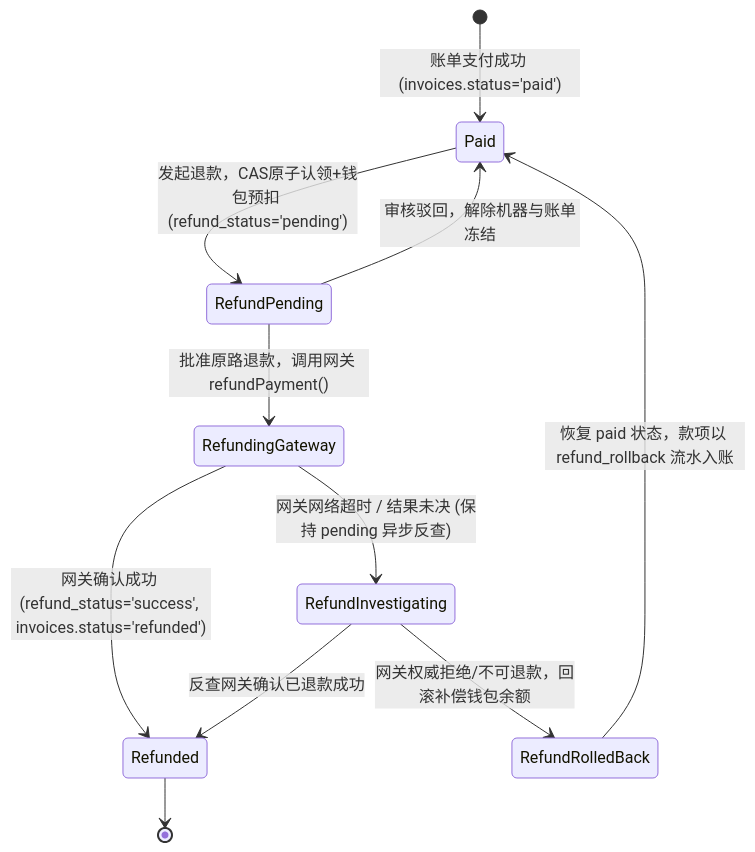
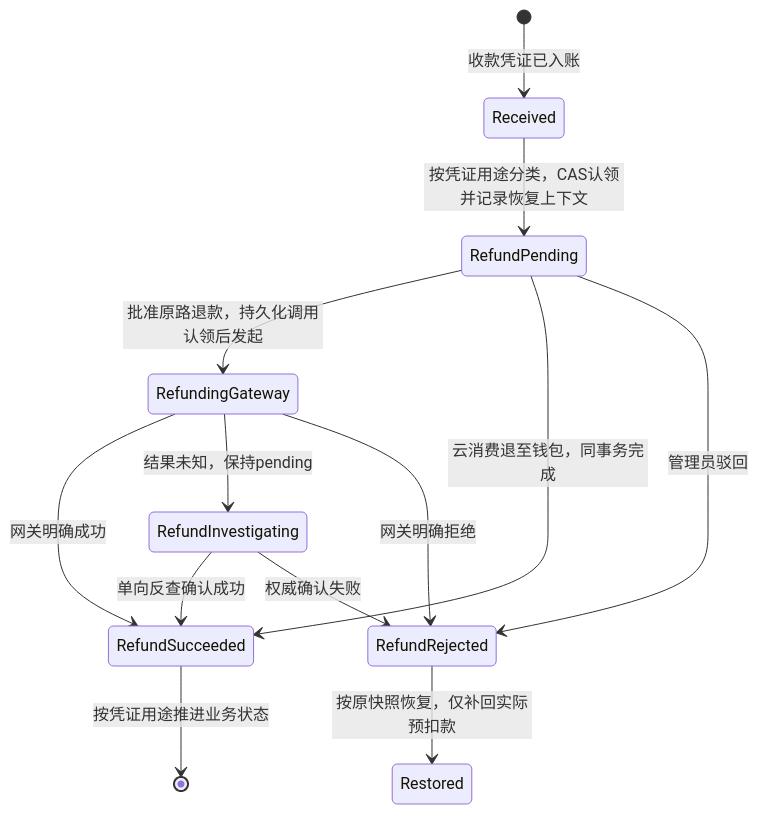
One commit to QAQ000000/idc changed the second of 2 diagrams in docs/PAYMENTS_LEDGER.md. Above: the diagram before and after it, drawn with Mermaid. The commit also changed other lines of this file and 30 other files, not shown here.

First line of the commit message:
fix(architecture): enforce plugin isolation and reconcile domain contracts

````diff
--- a/docs/PAYMENTS_LEDGER.md
+++ b/docs/PAYMENTS_LEDGER.md
@@ -103,17 +103,15 @@
 ```mermaid
 stateDiagram-v2
-    [*] --> Paid: 账单支付成功 (invoices.status='paid')
-    Paid --> RefundPending: 发起退款，CAS原子认领+钱包预扣 (refund_status='pending')
-    
-    RefundPending --> Paid: 审核驳回，解除机器与账单冻结
-    RefundPending --> RefundingGateway: 批准原路退款，调用网关 refundPayment()
-    
-    RefundingGateway --> Refunded: 网关确认成功 (refund_status='success', invoices.status='refunded')
-    RefundingGateway --> RefundInvestigating: 网关网络超时 / 结果未决 (保持 pending 异步反查)
-    
-    RefundInvestigating --> Refunded: 反查网关确认已退款成功
-    RefundInvestigating --> RefundRolledBack: 网关权威拒绝/不可退款，回滚补偿钱包余额
-    
-    RefundRolledBack --> Paid: 恢复 paid 状态，款项以 refund_rollback 流水入账
-    Refunded --> [*]
+    [*] --> Received: 收款凭证已入账
+    Received --> RefundPending: 按凭证用途分类，CAS认领并记录恢复上下文
+    RefundPending --> RefundingGateway: 批准原路退款，持久化调用认领后发起
+    RefundPending --> RefundSucceeded: 云消费退至钱包，同事务完成
+    RefundPending --> RefundRejected: 管理员驳回
+    RefundingGateway --> RefundSucceeded: 网关明确成功
+    RefundingGateway --> RefundInvestigating: 结果未知，保持pending
+    RefundingGateway --> RefundRejected: 网关明确拒绝
+    RefundInvestigating --> RefundSucceeded: 单向反查确认成功
+    RefundInvestigating --> RefundRejected: 权威确认失败
+    RefundRejected --> Restored: 按原快照恢复，仅补回实际预扣款
+    RefundSucceeded --> [*]: 按凭证用途推进业务状态
 ```
````
